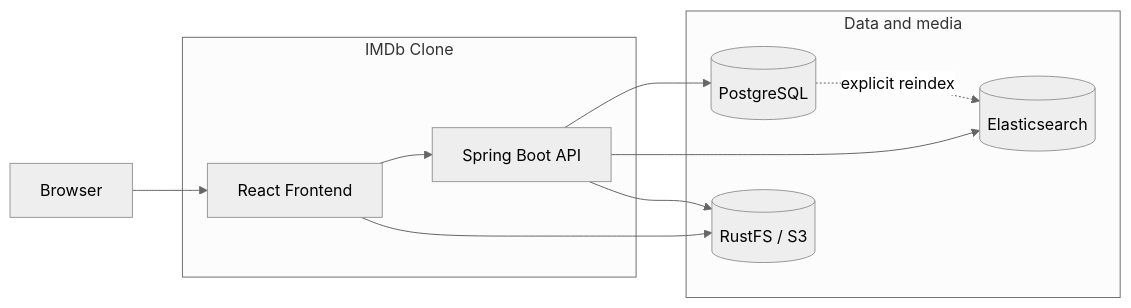
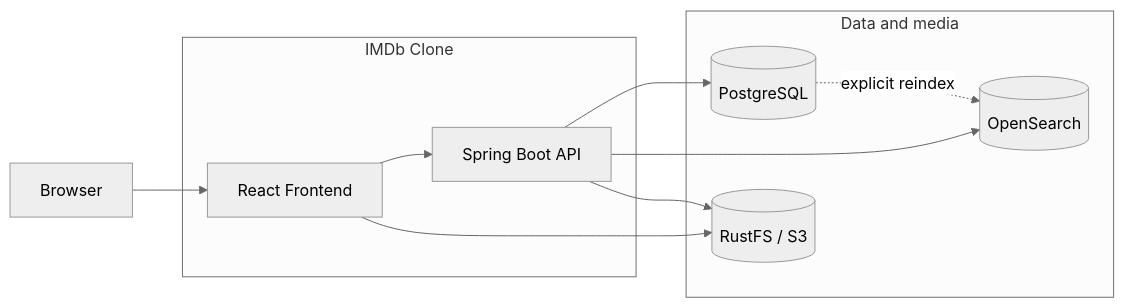
The first of 2 diagrams in README.md (NiklasTiede/imdb-clone), drawn with Mermaid (neutral theme) before and after one commit. The commit also changed other lines of this file and 6 other files, not shown here.

````diff
--- a/README.md
+++ b/README.md
@@ -74,23 +74,23 @@
 ```mermaid
 flowchart LR
   browser["Browser"]
 
   subgraph app["IMDb Clone"]
     frontend["React Frontend"]
     backend["Spring Boot API"]
   end
 
   subgraph data["Data and media"]
     postgres[("PostgreSQL")]
-    elastic[("Elasticsearch")]
+    opensearch[("OpenSearch")]
     rustfs[("RustFS / S3")]
   end
 
   browser --> frontend
   frontend --> backend
   frontend --> rustfs
   backend --> postgres
-  backend --> elastic
+  backend --> opensearch
   backend --> rustfs
-  postgres -. "explicit reindex" .-> elastic
+  postgres -. "explicit reindex" .-> opensearch
 ```
````
